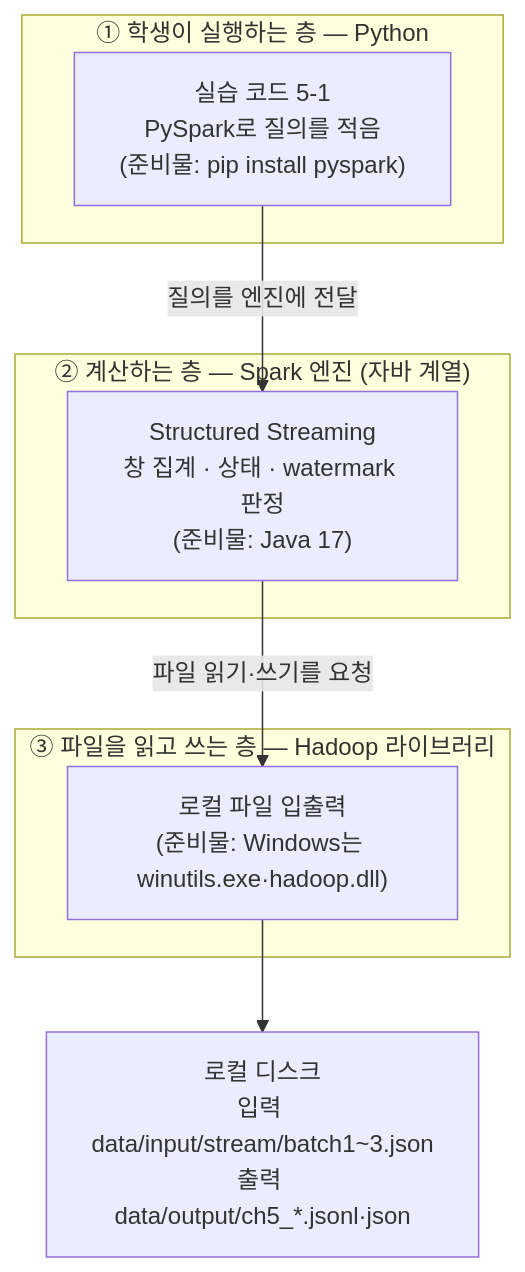
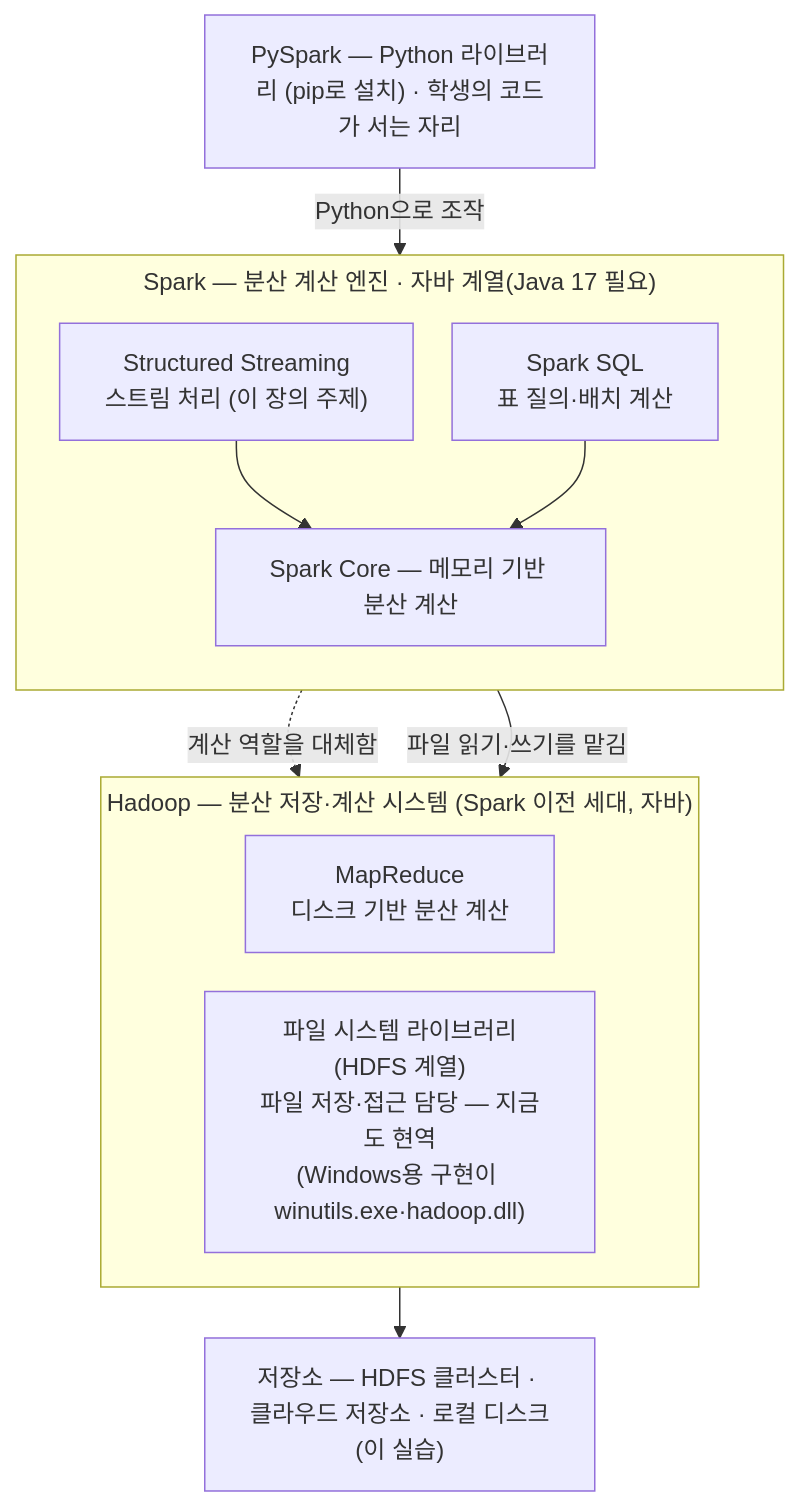
The diagram in lecture/ch05.md (LeeSeogMin/mlops_public), drawn with Mermaid before and after one commit. The commit also changed other lines of this file and 1 other file, not shown here.

Commit message:
Refactor code structure for improved readability and maintainability

````diff
--- a/lecture/ch05.md
+++ b/lecture/ch05.md
@@ -40,16 +40,23 @@
 ```mermaid
+%%{init: {"flowchart": {"rankSpacing": 34, "nodeSpacing": 26, "subGraphTitleMargin": {"top": 6, "bottom": 10}}}}%%
 flowchart TB
-    subgraph L1["① 학생이 실행하는 층 — Python"]
-        A["실습 코드 5-1<br/>PySpark로 질의를 적음<br/>(준비물: pip install pyspark)"]
+    PY["PySpark — Python 라이브러리 (pip로 설치) · 학생의 코드가 서는 자리"]
+    subgraph SP["Spark — 분산 계산 엔진 · 자바 계열(Java 17 필요)"]
+        direction TB
+        SS["Structured Streaming<br/>스트림 처리 (이 장의 주제)"]
+        SQL["Spark SQL<br/>표 질의·배치 계산"]
+        CORE["Spark Core — 메모리 기반 분산 계산"]
+        SS --> CORE
+        SQL --> CORE
     end
-    subgraph L2["② 계산하는 층 — Spark 엔진 (자바 계열)"]
-        B["Structured Streaming<br/>창 집계 · 상태 · watermark 판정<br/>(준비물: Java 17)"]
+    subgraph HD["Hadoop — 분산 저장·계산 시스템 (Spark 이전 세대, 자바)"]
+        direction LR
+        MR["MapReduce<br/>디스크 기반 분산 계산"]
+        FS["파일 시스템 라이브러리(HDFS 계열)<br/>파일 저장·접근 담당 — 지금도 현역<br/>(Windows용 구현이 winutils.exe·hadoop.dll)"]
     end
-    subgraph L3["③ 파일을 읽고 쓰는 층 — Hadoop 라이브러리"]
-        C["로컬 파일 입출력<br/>(준비물: Windows는 winutils.exe·hadoop.dll)"]
-    end
-    D["로컬 디스크<br/>입력 data/input/stream/batch1~3.json<br/>출력 data/output/ch5_*.jsonl·json"]
-    A -->|"질의를 엔진에 전달"| B
-    B -->|"파일 읽기·쓰기를 요청"| C
-    C --> D
+    DISK["저장소 — HDFS 클러스터 · 클라우드 저장소 · 로컬 디스크(이 실습)"]
+    PY -->|"Python으로 조작"| SS
+    CORE -.->|"계산 역할을 대체함"| MR
+    CORE -->|"파일 읽기·쓰기를 맡김"| FS
+    FS --> DISK
 ```
````
